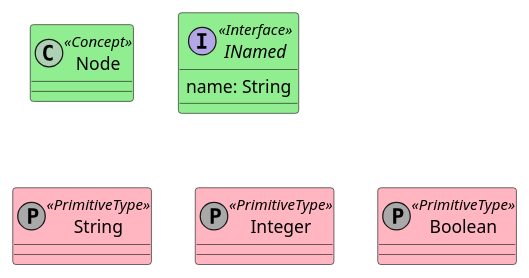
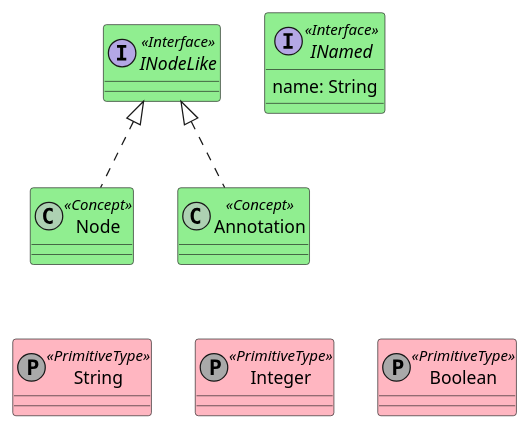
One commit to LionWeb-io/specification changed the diagram in metametamodel/builtins.puml. Above: the diagram before and after it, drawn with PlantUML.

Commit message:
Add INodeLike, Annotation

```diff
--- a/metametamodel/builtins.puml
+++ b/metametamodel/builtins.puml
@@ -1,20 +1,24 @@
 @startuml
 
 'class language as "LionCore_builtins" <<(L,lightgray) Language>>
 
-class Node <<Concept>> #LightGreen
+class Node <<Concept>> #LightGreen implements INodeLike
+class Annotation <<Concept>> #LightGreen implements INodeLike 
+
+interface INodeLike <<Interface>> #LightGreen {
+}
 
 interface INamed <<Interface>> #LightGreen {
   name: String
 }
 
 class String <<(P, darkgray) PrimitiveType>> #LightPink
 class Integer <<(P, darkgray) PrimitiveType>> #LightPink
 class Boolean <<(P, darkgray) PrimitiveType>> #LightPink
 
 Node -[hidden]- String
 
 String -[hidden] Integer
 Integer -[hidden] Boolean
 
 @enduml
```
